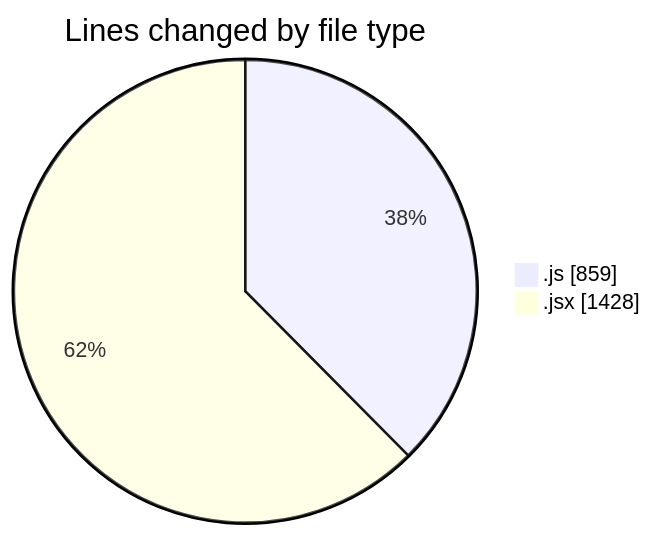
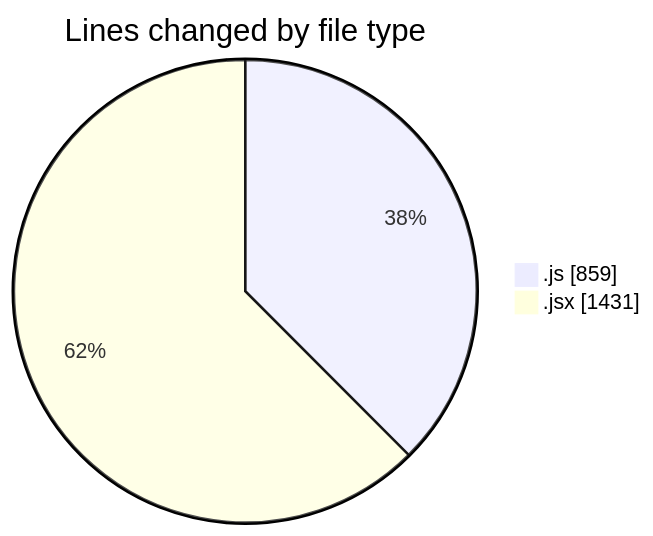
One commit to nxtqubesakshisongat/code-tracking changed the first of 2 diagrams in 2025-12-26/nxtqube_webapp/README.md. Above: the diagram before and after it, drawn with Mermaid. The commit also changed other lines of this file and 1 other file, not shown here.

````diff
--- a/2025-12-26/nxtqube_webapp/README.md
+++ b/2025-12-26/nxtqube_webapp/README.md
@@ -24,6 +24,6 @@
 ```mermaid
 pie showData
 title Lines changed by file type
 ".js" : 859
-".jsx" : 1428
+".jsx" : 1431
 ```
````
